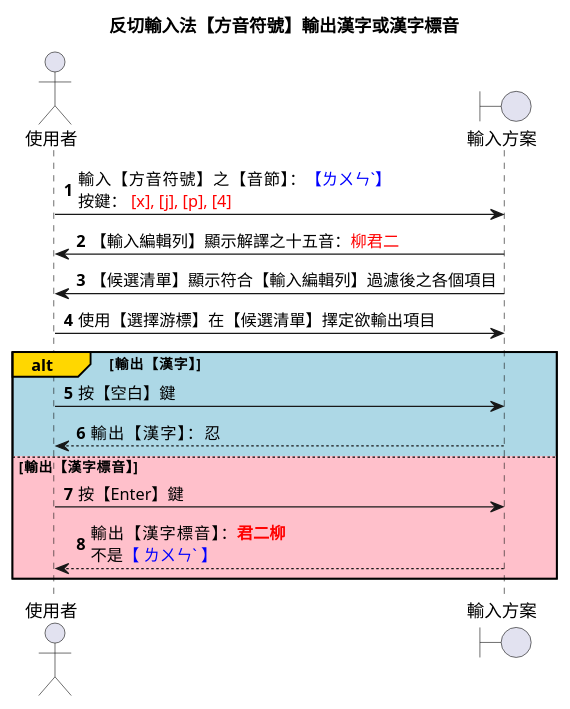
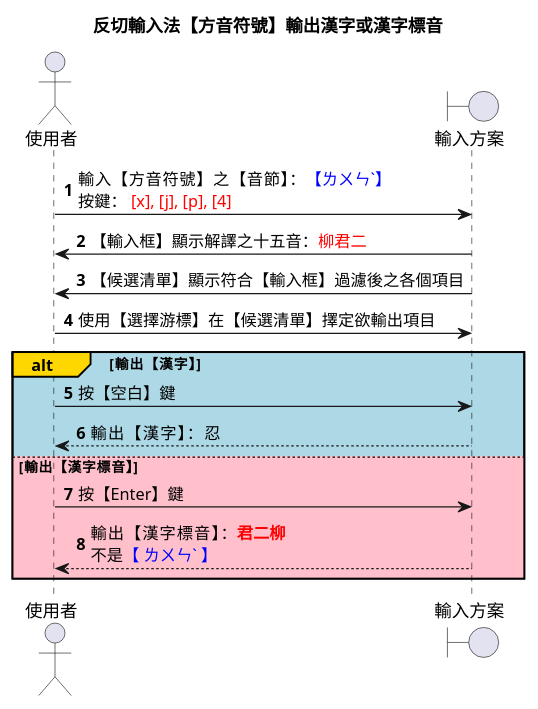
One commit to AlanJui/rime-tlpa changed the fourth of 12 diagrams in docs/320_反切輸入法【方音符號】設計規格.md. Above: the diagram before and after it, drawn with PlantUML. The commit also changed other lines of this file and 16 other files, not shown here.

````diff
--- a/docs/320_反切輸入法【方音符號】設計規格.md
+++ b/docs/320_反切輸入法【方音符號】設計規格.md
@@ -237,23 +237,23 @@
 ```plantuml
 @startuml
 title 反切輸入法【方音符號】輸出漢字或漢字標音
 actor 使用者 as user
 boundary 輸入方案 as ime
 autonumber
 
 user -> ime : 輸入【方音符號】之【音節】：<font color=blue>【ㄌㄨㄣˋ】\n按鍵：<font color=red> [x], [j], [p], [4]
 
-ime -> user : 【輸入編輯列】顯示解譯之十五音：<font color=red>柳君二
-ime -> user : 【候選清單】顯示符合【輸入編輯列】過濾後之各個項目
+ime -> user : 【輸入框】顯示解譯之十五音：<font color=red>柳君二
+ime -> user : 【候選清單】顯示符合【輸入框】過濾後之各個項目
 user -> ime : 使用【選擇游標】在【候選清單】擇定欲輸出項目
 
 alt#Gold #LightBlue 輸出【漢字】
     user -> ime : 按【空白】鍵
     ime --> user : 輸出【漢字】：忍
 else #Pink 輸出【漢字標音】
     user -> ime : 按【Enter】鍵
     ime --> user : 輸出【漢字標音】：<font color=red><b>君二柳\n不是<font color=blue>【 ㄌㄨㄣˋ 】
 end
 
 @enduml
 ```
````
